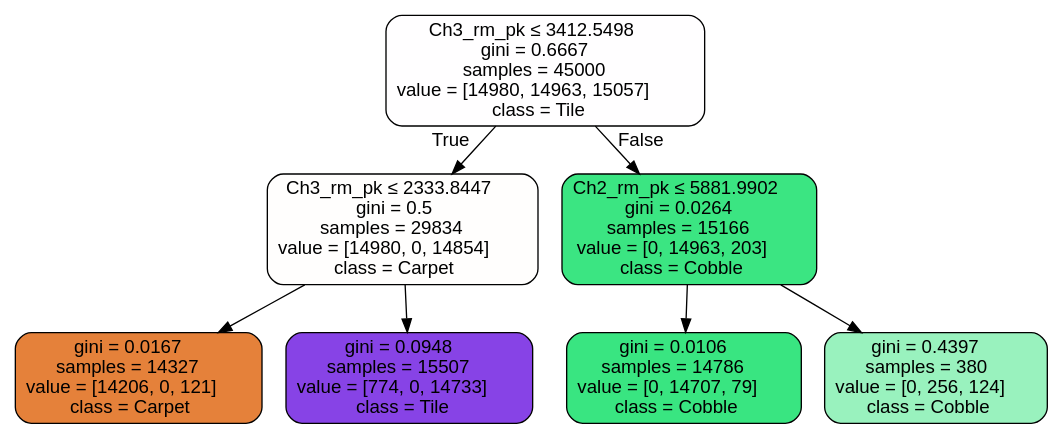
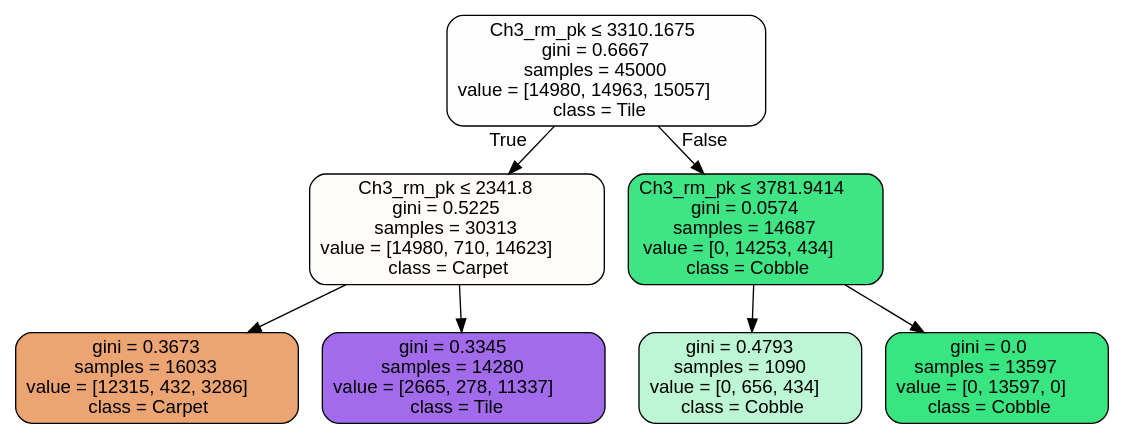
One commit to MoreCoffee12/AccelPlot changed the diagram in PythonScripts/None.dot. Above: the diagram before and after it, drawn with Graphviz. The commit also changed 5 other files, not shown here.

```diff
--- a/PythonScripts/None.dot
+++ b/PythonScripts/None.dot
@@ -1,17 +1,17 @@
 digraph Tree {
 node [shape=box, style="filled, rounded", color="black", fontname=helvetica] ;
 edge [fontname=helvetica] ;
-0 [label=<Ch3_rm_pk &le; 3412.5498<br/>gini = 0.6667<br/>samples = 45000<br/>value = [14980, 14963, 15057]<br/>class = Tile>, fillcolor="#8139e501"] ;
-1 [label=<Ch3_rm_pk &le; 2333.8447<br/>gini = 0.5<br/>samples = 29834<br/>value = [14980, 0, 14854]<br/>class = Carpet>, fillcolor="#e5813902"] ;
+0 [label=<Ch3_rm_pk &le; 3310.1675<br/>gini = 0.6667<br/>samples = 45000<br/>value = [14980, 14963, 15057]<br/>class = Tile>, fillcolor="#8139e501"] ;
+1 [label=<Ch3_rm_pk &le; 2341.8<br/>gini = 0.5225<br/>samples = 30313<br/>value = [14980, 710, 14623]<br/>class = Carpet>, fillcolor="#e5813906"] ;
 0 -> 1 [labeldistance=2.5, labelangle=45, headlabel="True"] ;
-2 [label=<gini = 0.0167<br/>samples = 14327<br/>value = [14206, 0, 121]<br/>class = Carpet>, fillcolor="#e58139fd"] ;
+2 [label=<gini = 0.3673<br/>samples = 16033<br/>value = [12315, 432, 3286]<br/>class = Carpet>, fillcolor="#e58139b5"] ;
 1 -> 2 ;
-3 [label=<gini = 0.0948<br/>samples = 15507<br/>value = [774, 0, 14733]<br/>class = Tile>, fillcolor="#8139e5f2"] ;
+3 [label=<gini = 0.3345<br/>samples = 14280<br/>value = [2665, 278, 11337]<br/>class = Tile>, fillcolor="#8139e5be"] ;
 1 -> 3 ;
-4 [label=<Ch2_rm_pk &le; 5881.9902<br/>gini = 0.0264<br/>samples = 15166<br/>value = [0, 14963, 203]<br/>class = Cobble>, fillcolor="#39e581fc"] ;
+4 [label=<Ch3_rm_pk &le; 3781.9414<br/>gini = 0.0574<br/>samples = 14687<br/>value = [0, 14253, 434]<br/>class = Cobble>, fillcolor="#39e581f7"] ;
 0 -> 4 [labeldistance=2.5, labelangle=-45, headlabel="False"] ;
-5 [label=<gini = 0.0106<br/>samples = 14786<br/>value = [0, 14707, 79]<br/>class = Cobble>, fillcolor="#39e581fe"] ;
+5 [label=<gini = 0.4793<br/>samples = 1090<br/>value = [0, 656, 434]<br/>class = Cobble>, fillcolor="#39e58156"] ;
 4 -> 5 ;
-6 [label=<gini = 0.4397<br/>samples = 380<br/>value = [0, 256, 124]<br/>class = Cobble>, fillcolor="#39e58183"] ;
+6 [label=<gini = 0.0<br/>samples = 13597<br/>value = [0, 13597, 0]<br/>class = Cobble>, fillcolor="#39e581ff"] ;
 4 -> 6 ;
 }
```
